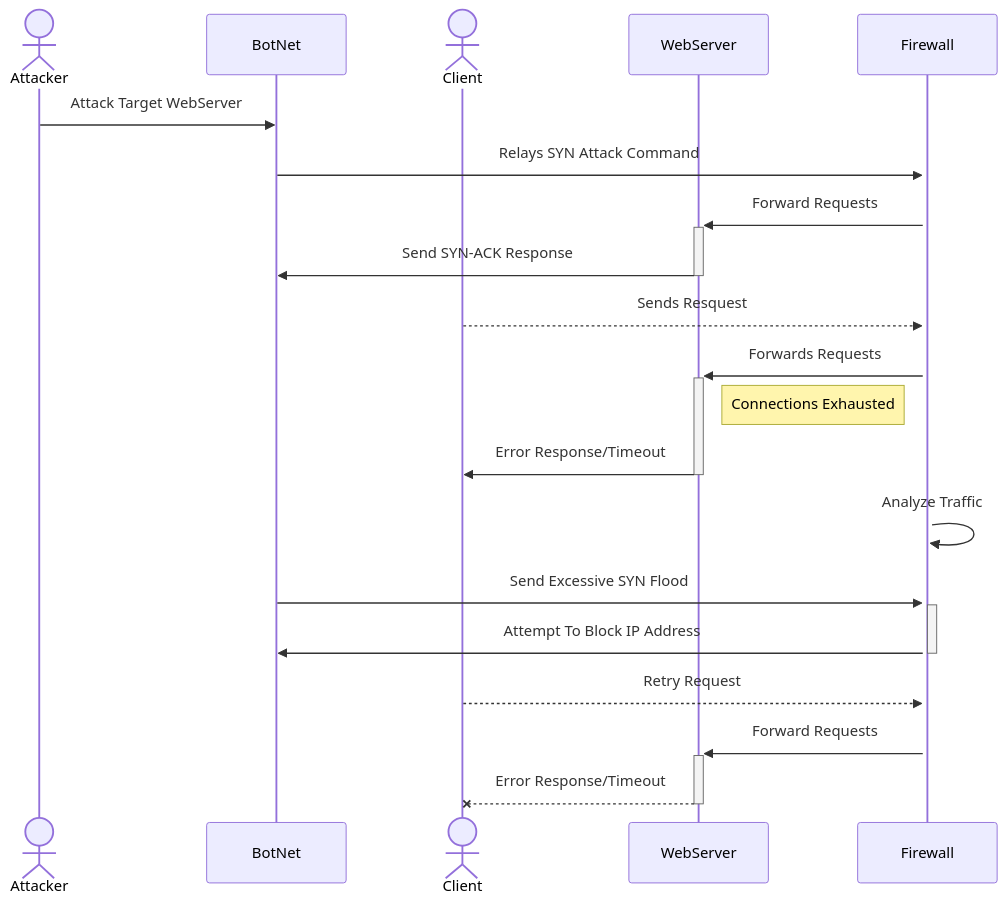
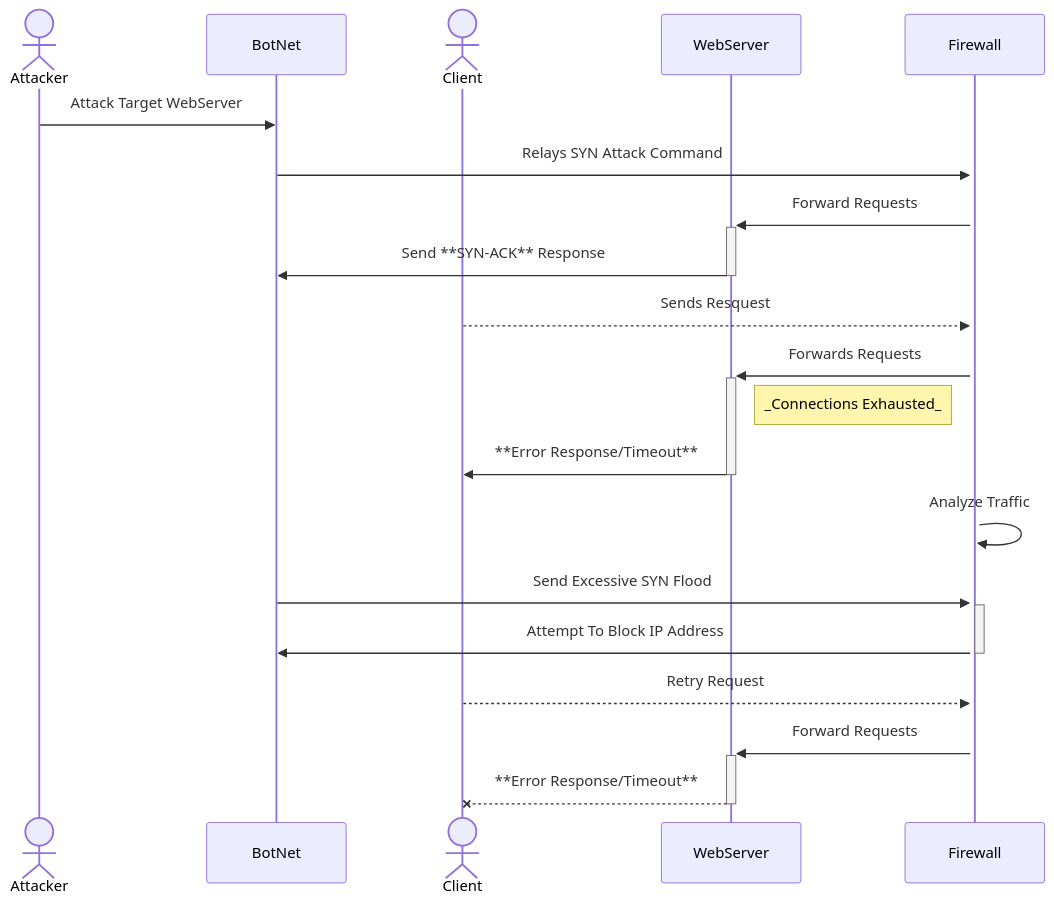
One commit to DesHeaden/desheaden.github.io changed the diagram in DDoS_Attack_Sequence.md. Above: the diagram before and after it, drawn with Mermaid. The commit also changed other lines of this file, not shown here.

````diff
--- a/DDoS_Attack_Sequence.md
+++ b/DDoS_Attack_Sequence.md
@@ -3,24 +3,24 @@
 ```mermaid
 sequenceDiagram
 Actor Attacker
 Participant BotNet
 Actor Client
 Participant WebServer
 participant Firewall
 
   Attacker->>BotNet: Attack Target WebServer
   BotNet->>+Firewall: Relays SYN Attack Command
   Firewall->>+WebServer: Forward Requests
-  WebServer->>-BotNet: Send SYN-ACK Response
+  WebServer->>-BotNet: Send **SYN-ACK** Response
   Client-->>Firewall: Sends Resquest
   Firewall->>+WebServer: Forwards Requests
-  note right of WebServer: Connections Exhausted
-  WebServer->>-Client: Error Response/Timeout
+  note right of WebServer: _Connections Exhausted_
+  WebServer->>-Client: **Error Response/Timeout**
   Firewall->>Firewall: Analyze Traffic
   BotNet->>+Firewall: Send Excessive SYN Flood
   Firewall->>-BotNet: Attempt To Block IP Address
   Client-->>Firewall: Retry Request
   Firewall->>+WebServer: Forward Requests
-  WebServer--x-Client: Error Response/Timeout
+  WebServer--x-Client: **Error Response/Timeout**
   
 ``` 
````
